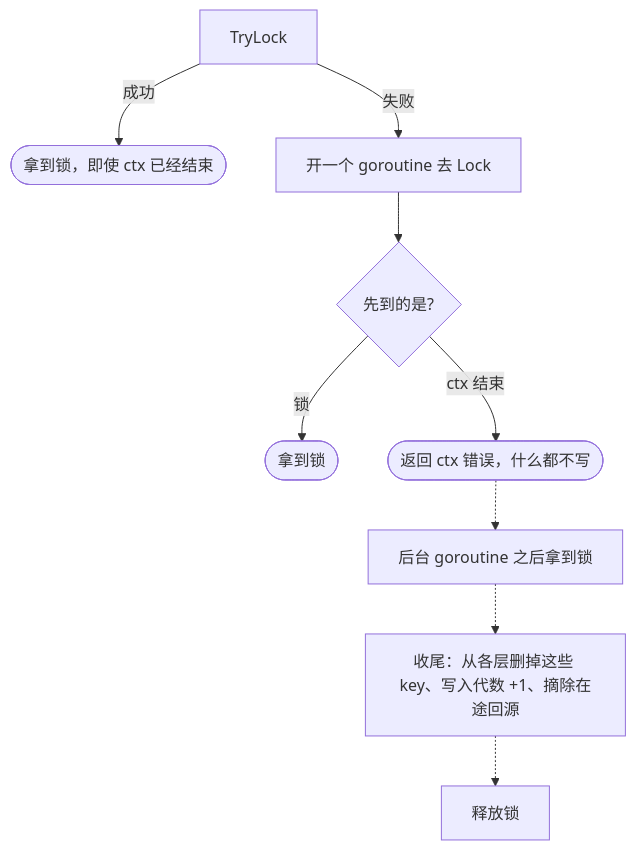
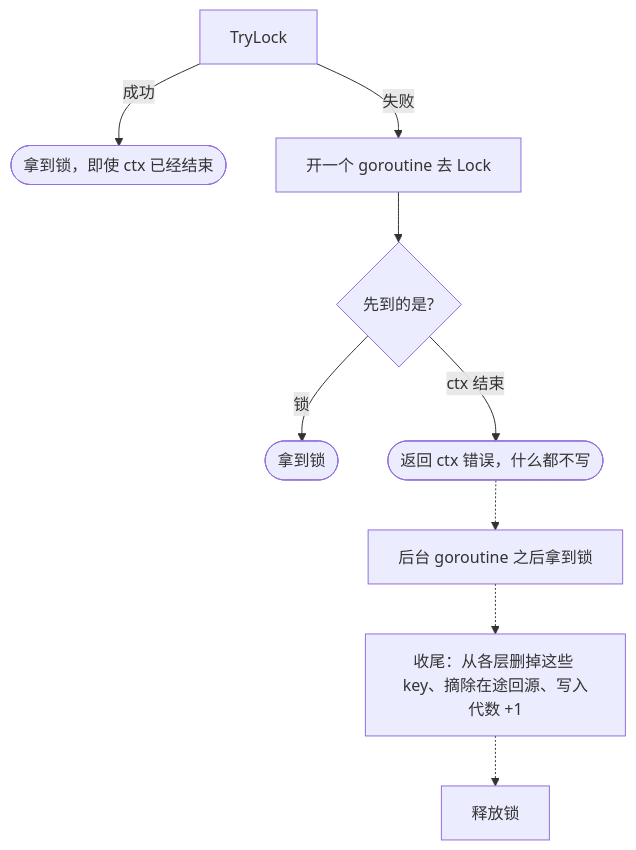
The eighth of 8 diagrams in docs/design/write-order.md (theplant/cachex), drawn with Mermaid before and after one commit. The commit also changed other lines of this file and 8 other files, not shown here.

````diff
--- a/docs/design/write-order.md
+++ b/docs/design/write-order.md
@@ -265,11 +267,11 @@
 ```mermaid
 flowchart TD
     a[TryLock] -- 成功 --> ok([拿到锁，即使 ctx 已经结束])
     a -- 失败 --> b[开一个 goroutine 去 Lock]
     b --> c{先到的是?}
     c -- 锁 --> ok2([拿到锁])
     c -- ctx 结束 --> d([返回 ctx 错误，什么都不写])
     d -.-> e[后台 goroutine 之后拿到锁]
-    e -.-> f[收尾：从各层删掉这些 key、写入代数 +1、摘除在途回源]
+    e -.-> f[收尾：从各层删掉这些 key、摘除在途回源、写入代数 +1]
     f -.-> g[释放锁]
 ```
````
